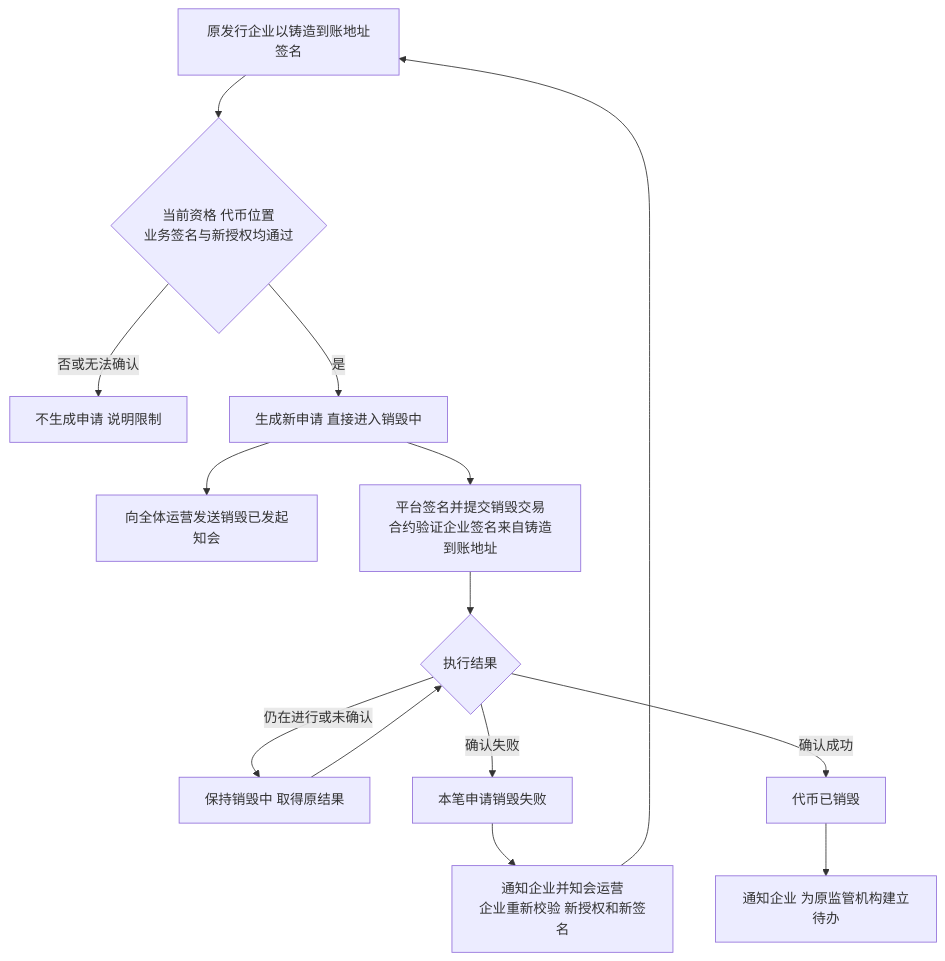
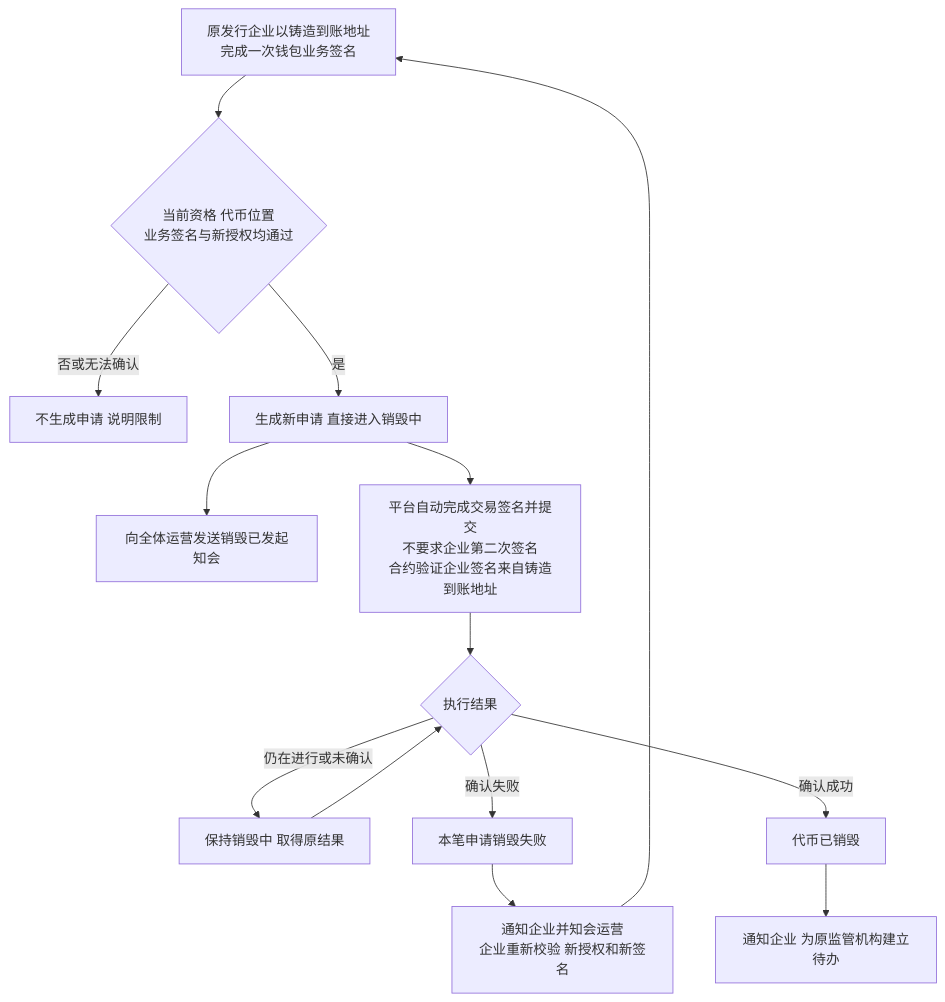
The first of 5 diagrams in token-issuance-platform/PRD/管理端/M4b-销毁审核与解除质押/02-销毁审核与解除质押-流程图与状态机.md (wxblockchain/Chain-Financing), drawn with Mermaid before and after one commit. The commit also changed 8 other files, not shown here.

````diff
--- a/token-issuance-platform/PRD/管理端/M4b-销毁审核与解除质押/02-销毁审核与解除质押-流程图与状态机.md
+++ b/token-issuance-platform/PRD/管理端/M4b-销毁审核与解除质押/02-销毁审核与解除质押-流程图与状态机.md
@@ -18,16 +18,16 @@
 ```mermaid
 flowchart TD
-    A[原发行企业以铸造到账地址签名] --> B{当前资格 代币位置<br/>业务签名与新授权均通过}
+    A[原发行企业以铸造到账地址<br/>完成一次钱包业务签名] --> B{当前资格 代币位置<br/>业务签名与新授权均通过}
     B -->|否或无法确认| C[不生成申请 说明限制]
     B -->|是| D[生成新申请 直接进入销毁中]
     D --> E[向全体运营发送销毁已发起知会]
-    D --> F[平台签名并提交销毁交易<br/>合约验证企业签名来自铸造到账地址]
+    D --> F[平台自动完成交易签名并提交<br/>不要求企业第二次签名<br/>合约验证企业签名来自铸造到账地址]
     F --> G{执行结果}
     G -->|仍在进行或未确认| H[保持销毁中 取得原结果]
     H --> G
     G -->|确认失败| I[本笔申请销毁失败]
     I --> J[通知企业并知会运营<br/>企业重新校验 新授权和新签名]
     J --> A
     G -->|确认成功| K[代币已销毁]
     K --> L[通知企业 为原监管机构建立待办]
 ```
````
